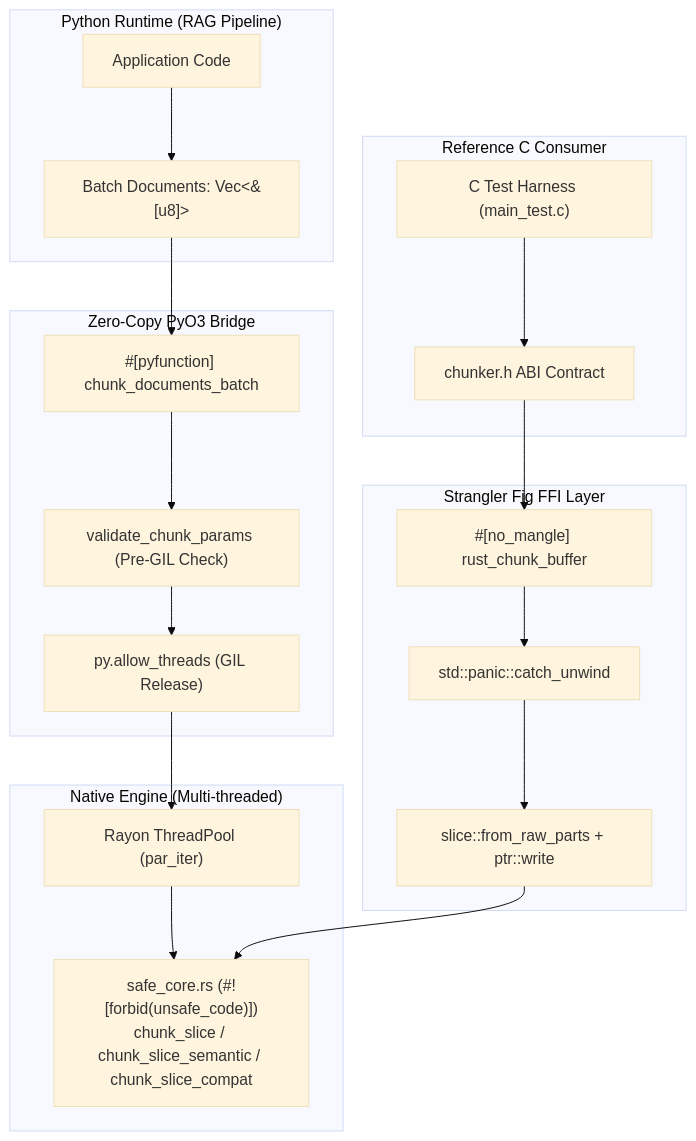
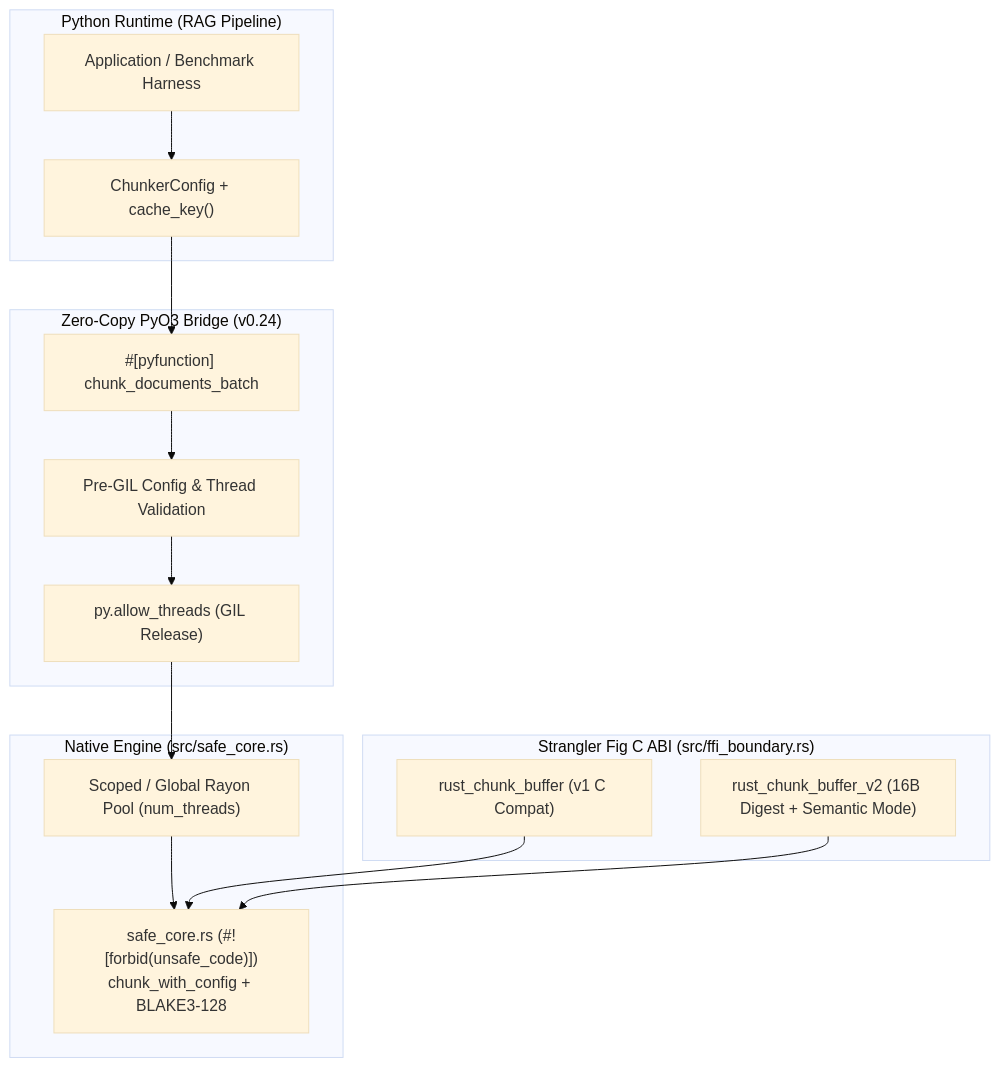
Before and after one commit to mjlelis/fast-rag-chunker: the second of 3 diagrams in README.md, drawn with Mermaid (base theme). The commit also changed other lines of this file and 87 other files, not shown here.

Commit message:
feat(v0.2.0): 128-bit BLAKE3 digests, ChunkerConfig, cache_key, v2 FFI, and dedup/throughput benchmarks

````diff
--- a/README.md
+++ b/README.md
@@ -88,42 +117,27 @@
 ```mermaid
 flowchart TD
     subgraph PythonLayer["Python Runtime (RAG Pipeline)"]
-        PyApp["Application Code"]
-        PyDocs["Batch Documents: Vec<&[u8]>"]
+        PyApp["Application / Benchmark Harness"]
+        PyCfg["ChunkerConfig + cache_key()"]
     end
 
-    subgraph PyO3Layer["Zero-Copy PyO3 Bridge"]
+    subgraph PyO3Layer["Zero-Copy PyO3 Bridge (v0.24)"]
         PyFunc["#[pyfunction] chunk_documents_batch"]
-        Validate["validate_chunk_params (Pre-GIL Check)"]
+        Validate["Pre-GIL Config & Thread Validation"]
         AllowThreads["py.allow_threads (GIL Release)"]
     end
 
-    subgraph RustLayer["Native Engine (Multi-threaded)"]
-        Rayon["Rayon ThreadPool (par_iter)"]
-        SafeCore["safe_core.rs (#![forbid(unsafe_code)])<br/>chunk_slice / chunk_slice_semantic / chunk_slice_compat"]
+    subgraph RustLayer["Native Engine (src/safe_core.rs)"]
+        Rayon["Scoped / Global Rayon Pool (num_threads)"]
+        SafeCore["safe_core.rs (#![forbid(unsafe_code)])<br/>chunk_with_config + BLAKE3-128"]
     end
 
-    subgraph FFISanitizer["Strangler Fig FFI Layer"]
-        CABI["#[no_mangle] rust_chunk_buffer"]
-        CatchUnwind["std::panic::catch_unwind"]
-        PtrWrite["slice::from_raw_parts + ptr::write"]
+    subgraph FFISanitizer["Strangler Fig C ABI (src/ffi_boundary.rs)"]
+        V1["rust_chunk_buffer (v1 C Compat)"]
+        V2["rust_chunk_buffer_v2 (16B Digest + Semantic Mode)"]
     end
 
-    subgraph LegacyC["Reference C Consumer"]
-        CApp["C Test Harness (main_test.c)"]
-        CHeader["chunker.h ABI Contract"]
-    end
-
-    PyApp --> PyDocs
-    PyDocs --> PyFunc
-    PyFunc --> Validate
-    Validate --> AllowThreads
-    AllowThreads --> Rayon
-    Rayon --> SafeCore
-
-    CApp --> CHeader
-    CHeader --> CABI
-    CABI --> CatchUnwind
-    CatchUnwind --> PtrWrite
-    PtrWrite --> SafeCore
+    PyApp --> PyCfg --> PyFunc --> Validate --> AllowThreads --> Rayon --> SafeCore
+    V1 --> SafeCore
+    V2 --> SafeCore
 ```
````
